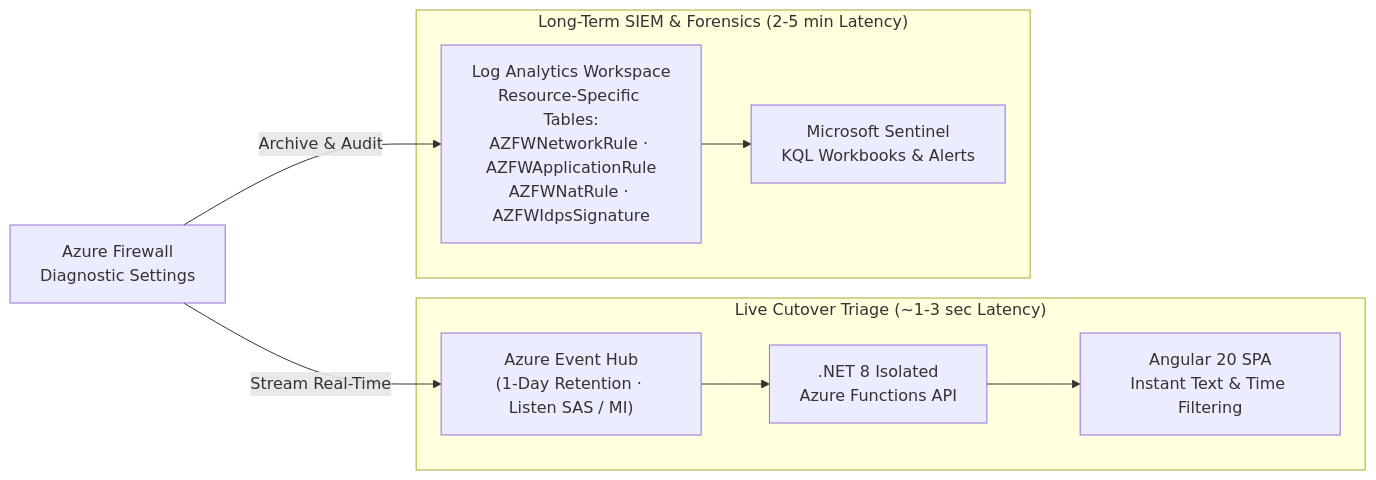
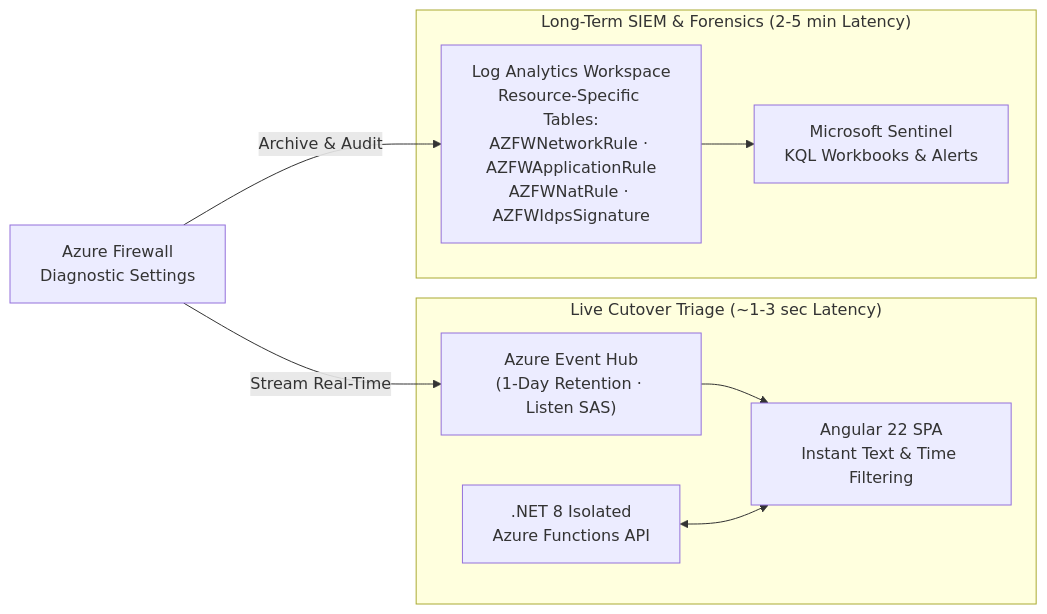
Before and after one commit to jonathan-vella/azure-networking: the diagram in src/content/docs/06-operations-reviews/labs-and-tools-guide.md, drawn with Mermaid. The commit also changed other lines of this file and 4 other files, not shown here.

````diff
--- a/src/content/docs/06-operations-reviews/labs-and-tools-guide.md
+++ b/src/content/docs/06-operations-reviews/labs-and-tools-guide.md
@@ -113,20 +127,21 @@
 ```mermaid
 flowchart LR
   AzFW["Azure Firewall<br/>Diagnostic Settings"]
 
   subgraph LivePath["Live Cutover Triage (~1-3 sec Latency)"]
-    EH["Azure Event Hub<br/>(1-Day Retention · Listen SAS / MI)"]
+    EH["Azure Event Hub<br/>(1-Day Retention · Listen SAS)"]
     Func[".NET 8 Isolated<br/>Azure Functions API"]
-    SPA["Angular 20 SPA<br/>Instant Text & Time Filtering"]
-    EH --> Func --> SPA
+    SPA["Angular 22 SPA<br/>Instant Text & Time Filtering"]
+    EH --> SPA
+    Func <--> SPA
   end
 
   subgraph AuditPath["Long-Term SIEM & Forensics (2-5 min Latency)"]
     LA["Log Analytics Workspace<br/>Resource-Specific Tables:<br/>AZFWNetworkRule · AZFWApplicationRule<br/>AZFWNatRule · AZFWIdpsSignature"]
     Sentinel["Microsoft Sentinel<br/>KQL Workbooks & Alerts"]
     LA --> Sentinel
   end
 
   AzFW -->|Stream Real-Time| EH
   AzFW -->|Archive & Audit| LA
 ```
````
